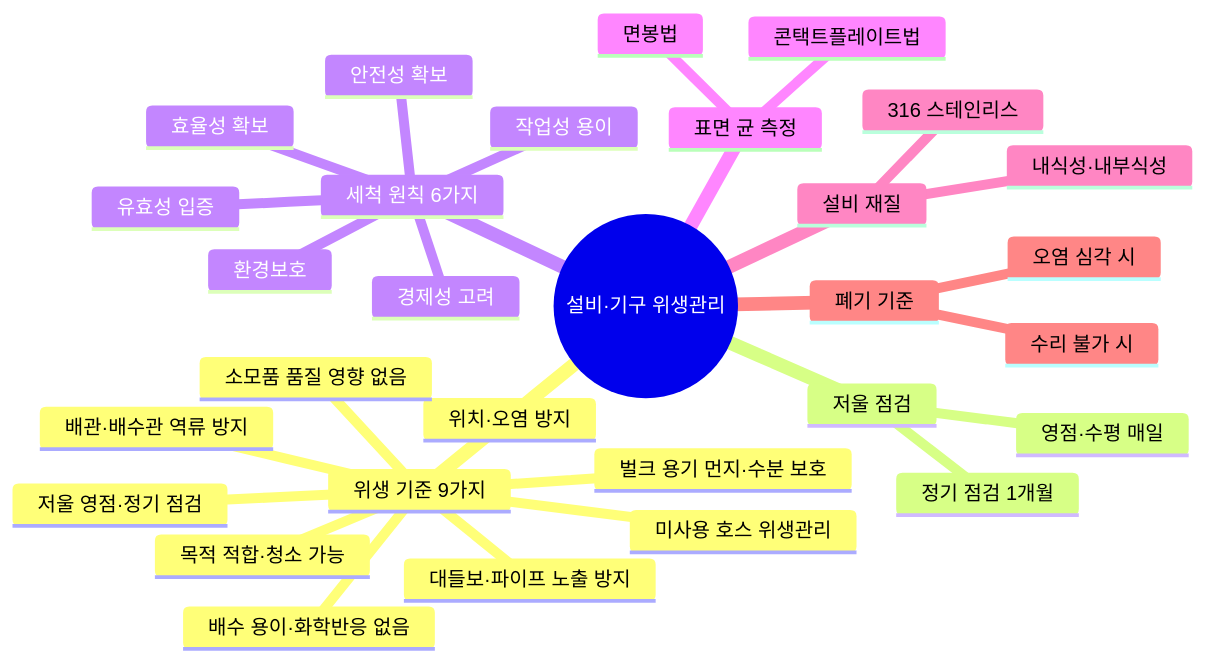
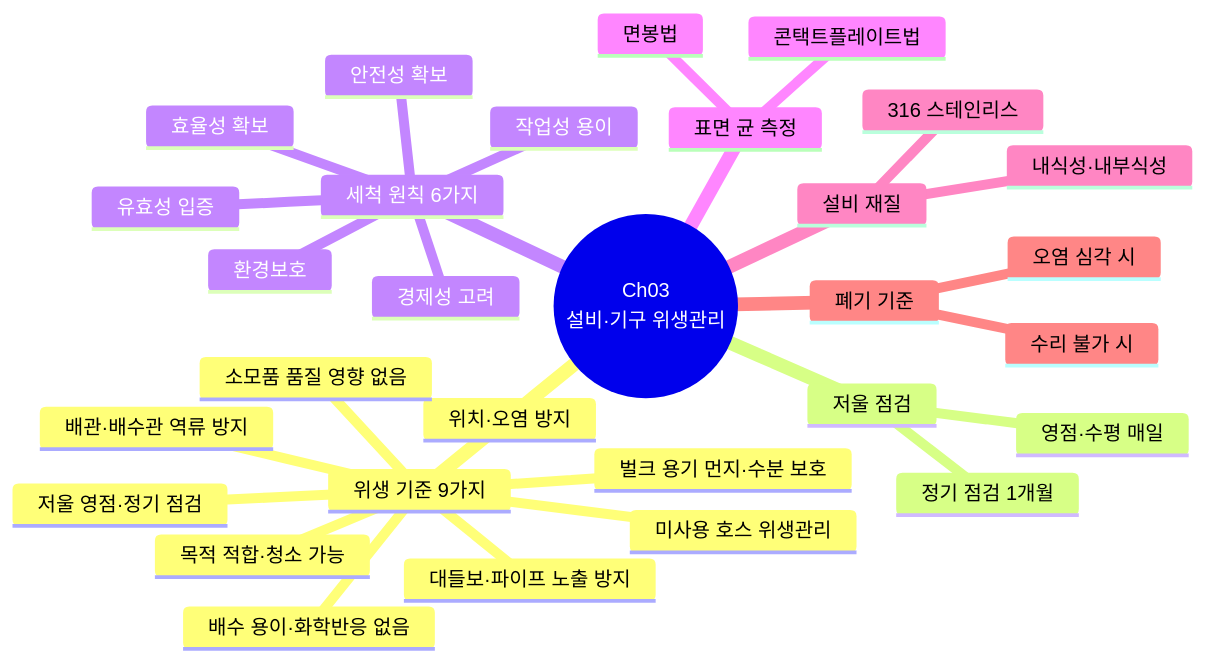
Before and after one commit to skygoldlee-cyber/Personalized_Skincare: diagram 12 of 19 in content/교재/safety/3과목_유통화장품안전관리_이야기형.md, drawn with Mermaid. The commit also changed other lines of this file and 8 other files, not shown here.

````diff
--- a/content/교재/safety/3과목_유통화장품안전관리_이야기형.md
+++ b/content/교재/safety/3과목_유통화장품안전관리_이야기형.md
@@ -1772,33 +1772,33 @@
 ```mermaid
 mindmap
- root((설비·기구 위생관리))
+ root((Ch03<br/>설비·기구 위생관리))
   위생 기준 9가지
    목적 적합·청소 가능
    미사용 호스 위생관리
    배수 용이·화학반응 없음
    위치·오염 방지
    벌크 용기 먼지·수분 보호
    배관·배수관 역류 방지
    대들보·파이프 노출 방지
    소모품 품질 영향 없음
    저울 영점·정기 점검
   저울 점검
    영점·수평 매일
    정기 점검 1개월
   세척 원칙 6가지
    유효성 입증
    효율성 확보
    경제성 고려
    안전성 확보
    환경보호
    작업성 용이
   표면 균 측정
    면봉법
    콘택트플레이트법
   설비 재질
    316 스테인리스
    내식성·내부식성
   폐기 기준
    수리 불가 시
    오염 심각 시
 ```
````
